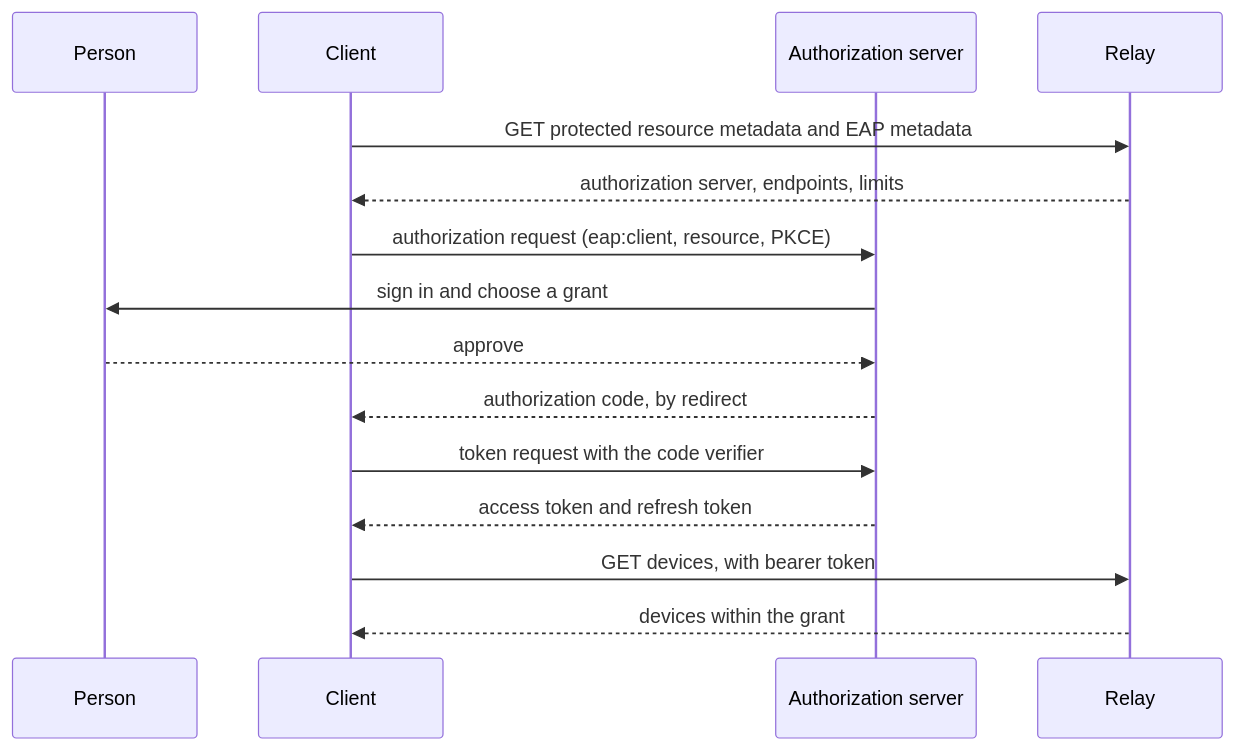
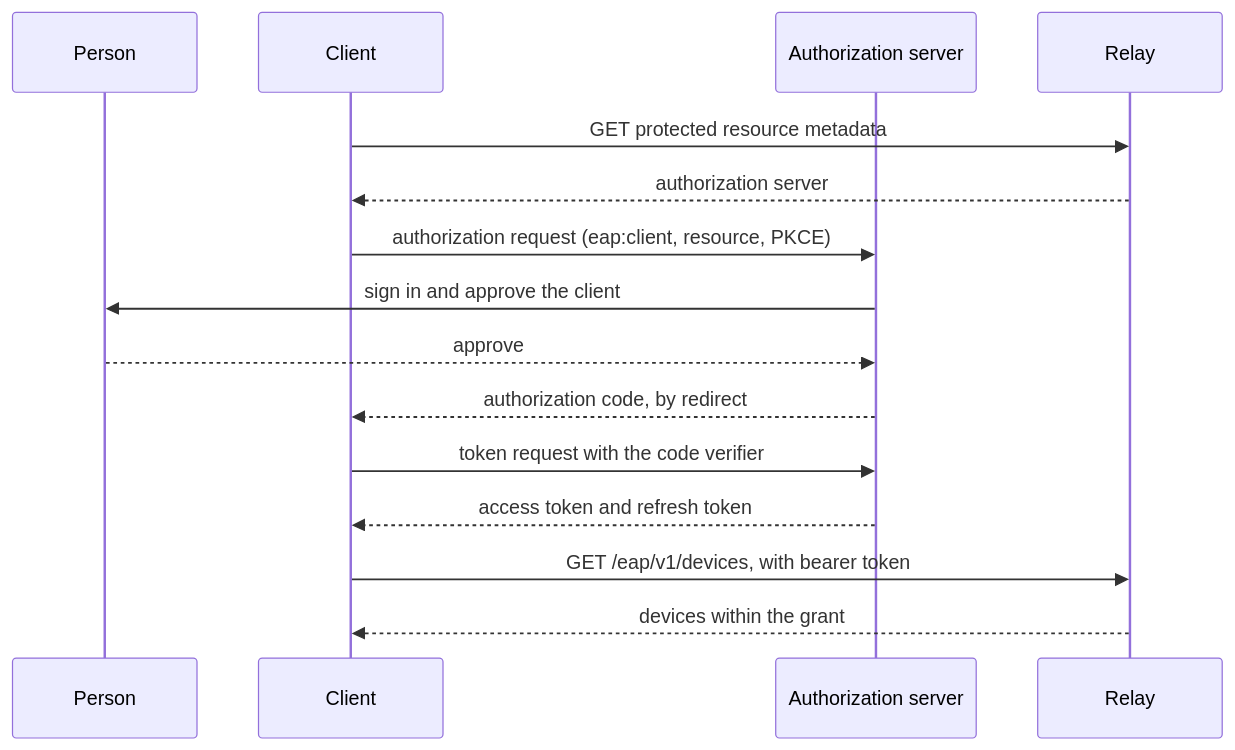
One commit to lulu0119/acp-web-gateway changed the second of 5 diagrams in docs/protocol/exterior-agent-protocol.md. Above: the diagram before and after it, drawn with Mermaid. The commit also changed other lines of this file and 76 other files, not shown here.

````diff
--- a/docs/protocol/exterior-agent-protocol.md
+++ b/docs/protocol/exterior-agent-protocol.md
@@ -127,18 +109,18 @@
 ```mermaid
 sequenceDiagram
   participant Person
   participant Client
   participant Auth as Authorization server
   participant Relay
 
-  Client->>Relay: GET protected resource metadata and EAP metadata
-  Relay-->>Client: authorization server, endpoints, limits
+  Client->>Relay: GET protected resource metadata
+  Relay-->>Client: authorization server
   Client->>Auth: authorization request (eap:client, resource, PKCE)
-  Auth->>Person: sign in and choose a grant
+  Auth->>Person: sign in and approve the client
   Person-->>Auth: approve
   Auth-->>Client: authorization code, by redirect
   Client->>Auth: token request with the code verifier
   Auth-->>Client: access token and refresh token
-  Client->>Relay: GET devices, with bearer token
+  Client->>Relay: GET /eap/v1/devices, with bearer token
   Relay-->>Client: devices within the grant
 ```
````
